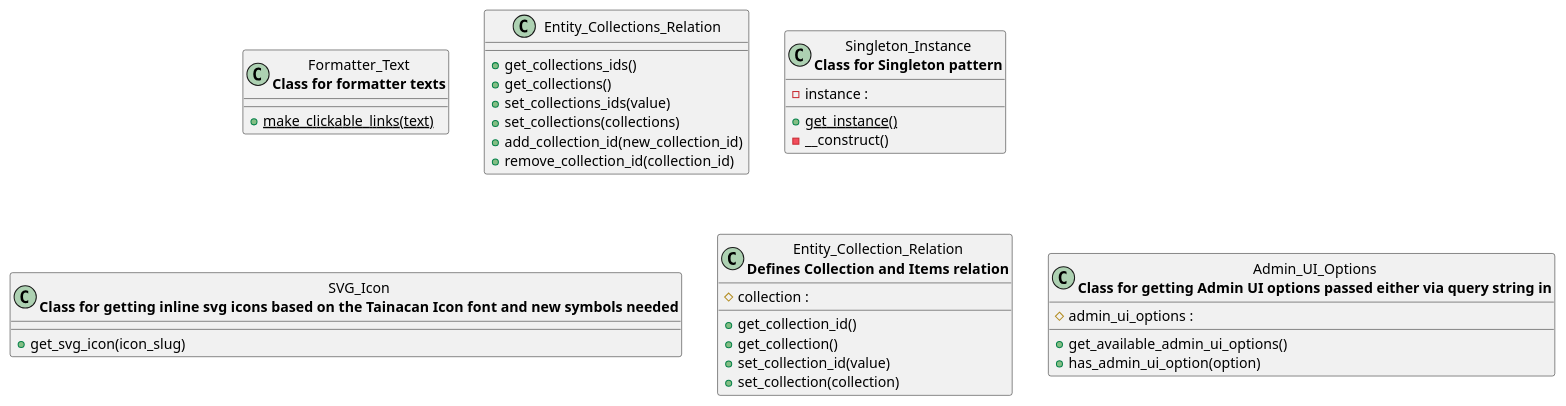
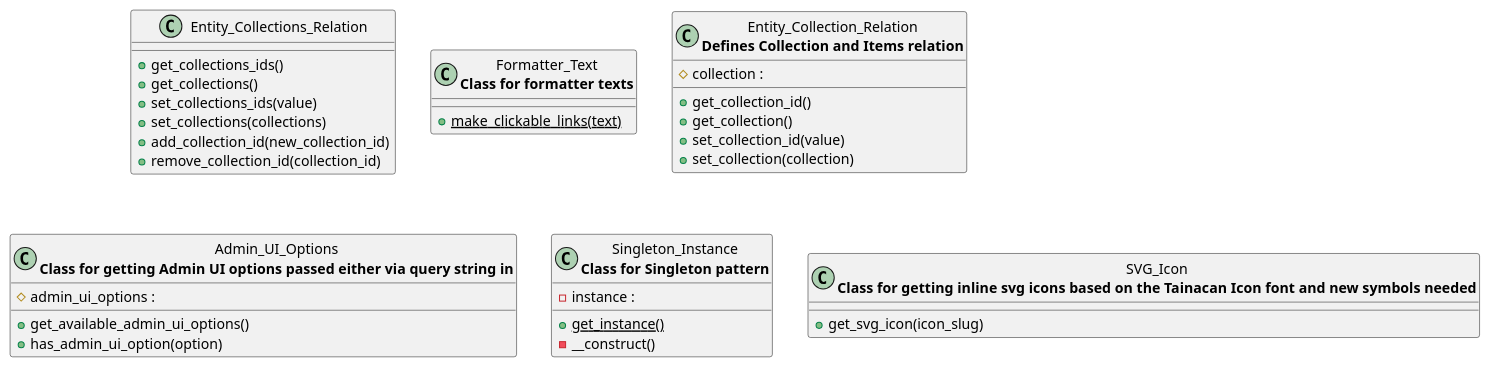
The diagram in docs/diagrams/tainacan-namespace-Tainacan-Traits.puml (tainacan/tainacan), drawn with PlantUML before and after one commit. The commit also changed other lines of this file and 97 other files, not shown here.

```diff
--- a/docs/diagrams/tainacan-namespace-Tainacan-Traits.puml
+++ b/docs/diagrams/tainacan-namespace-Tainacan-Traits.puml
@@ -1,33 +1,33 @@
 @startuml class-diagram
-  class "Formatter_Text\n<b>Class for formatter texts</b>" as Formatter_Text {
-    {static} +make_clickable_links(text)
-  }
   class "Entity_Collections_Relation" as Entity_Collections_Relation {
     +get_collections_ids()
     +get_collections()
     +set_collections_ids(value)
     +set_collections(collections)
     +add_collection_id(new_collection_id)
     +remove_collection_id(collection_id)
   }
-  class "Singleton_Instance\n<b>Class for Singleton pattern</b>" as Singleton_Instance {
-    -instance : 
-    {static} +get_instance()
-    -__construct()
-  }
-  class "SVG_Icon\n<b>Class for getting inline svg icons based on the Tainacan Icon font and new symbols needed</b>" as SVG_Icon {
-    +get_svg_icon(icon_slug)
+  class "Formatter_Text\n<b>Class for formatter texts</b>" as Formatter_Text {
+    {static} +make_clickable_links(text)
   }
   class "Entity_Collection_Relation\n<b>Defines Collection and Items relation</b>" as Entity_Collection_Relation {
     #collection : 
     +get_collection_id()
     +get_collection()
     +set_collection_id(value)
     +set_collection(collection)
   }
   class "Admin_UI_Options\n<b>Class for getting Admin UI options passed either via query string in</b>" as Admin_UI_Options {
     #admin_ui_options : 
     +get_available_admin_ui_options()
     +has_admin_ui_option(option)
   }
+  class "Singleton_Instance\n<b>Class for Singleton pattern</b>" as Singleton_Instance {
+    -instance : 
+    {static} +get_instance()
+    -__construct()
+  }
+  class "SVG_Icon\n<b>Class for getting inline svg icons based on the Tainacan Icon font and new symbols needed</b>" as SVG_Icon {
+    +get_svg_icon(icon_slug)
+  }
 @enduml
```
